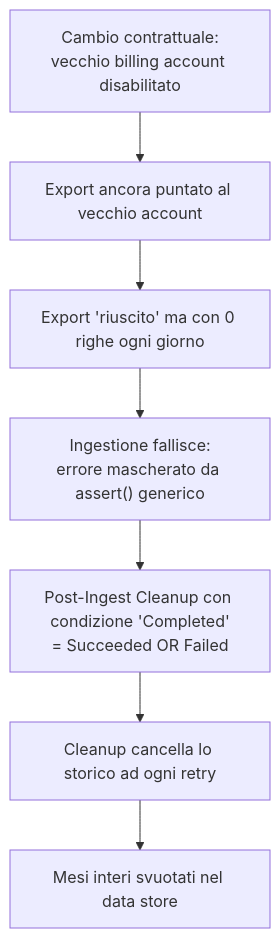
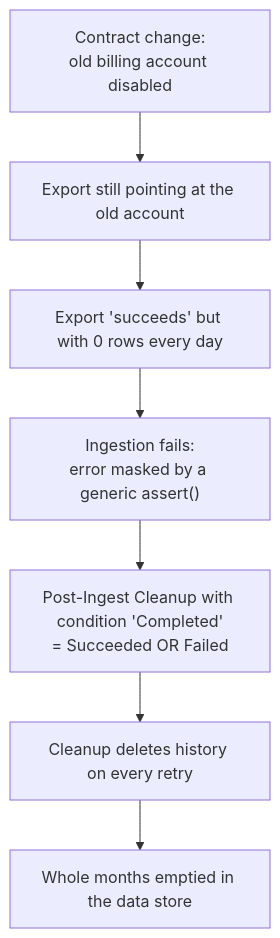
One commit to HARD-bit/azure-data-platform-case-study changed the fifth of 6 diagrams in README.md. Above: the diagram before and after it, drawn with Mermaid. The commit also changed other lines of this file and 12 other files, not shown here.

````diff
--- a/README.md
+++ b/README.md
@@ -255,9 +255,9 @@
 ```mermaid
 flowchart TB
-    A["Cambio contrattuale:<br/>vecchio billing account disabilitato"] --> B["Export ancora puntato al vecchio account"]
-    B --> C["Export 'riuscito' ma con 0 righe ogni giorno"]
-    C --> D["Ingestione fallisce:<br/>errore mascherato da assert() generico"]
-    D --> E["Post-Ingest Cleanup con condizione 'Completed'<br/>= Succeeded OR Failed"]
-    E --> F["Cleanup cancella lo storico ad ogni retry"]
-    F --> G["Mesi interi svuotati nel data store"]
+    A["Contract change:<br/>old billing account disabled"] --> B["Export still pointing at the old account"]
+    B --> C["Export 'succeeds' but with 0 rows every day"]
+    C --> D["Ingestion fails:<br/>error masked by a generic assert()"]
+    D --> E["Post-Ingest Cleanup with condition 'Completed'<br/>= Succeeded OR Failed"]
+    E --> F["Cleanup deletes history on every retry"]
+    F --> G["Whole months emptied in the data store"]
 ```
````
